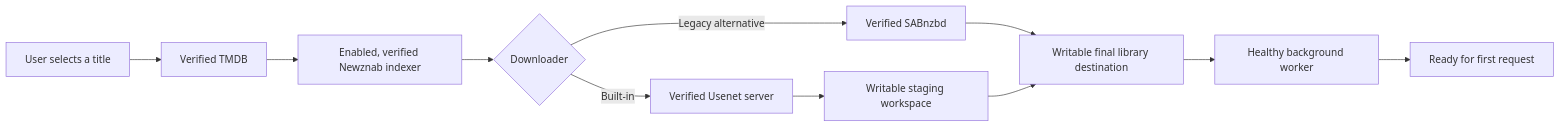
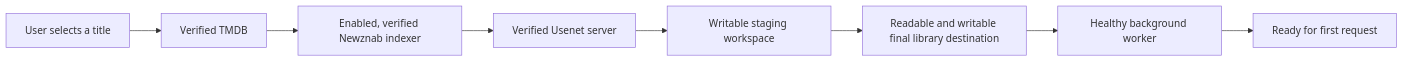
The diagram in docs/wiki/Getting-Started.md (TannerMidd/Nooklet), drawn with Mermaid before and after one commit. The commit also changed other lines of this file and 351 other files, not shown here.

````diff
--- a/docs/wiki/Getting-Started.md
+++ b/docs/wiki/Getting-Started.md
@@ -18,13 +18,10 @@
 ```mermaid
 flowchart LR
     U["User selects a title"] --> M["Verified TMDB"]
     M --> I["Enabled, verified Newznab indexer"]
-    I --> D{"Downloader"}
-    D -->|"Built-in"| N["Verified Usenet server"]
-    D -->|"Legacy alternative"| S["Verified SABnzbd"]
+    I --> N["Verified Usenet server"]
     N --> W["Writable staging workspace"]
-    S --> F["Writable final library destination"]
-    W --> F
+    W --> F["Readable and writable final library destination"]
     F --> B["Healthy background worker"]
     B --> R["Ready for first request"]
 ```
````
